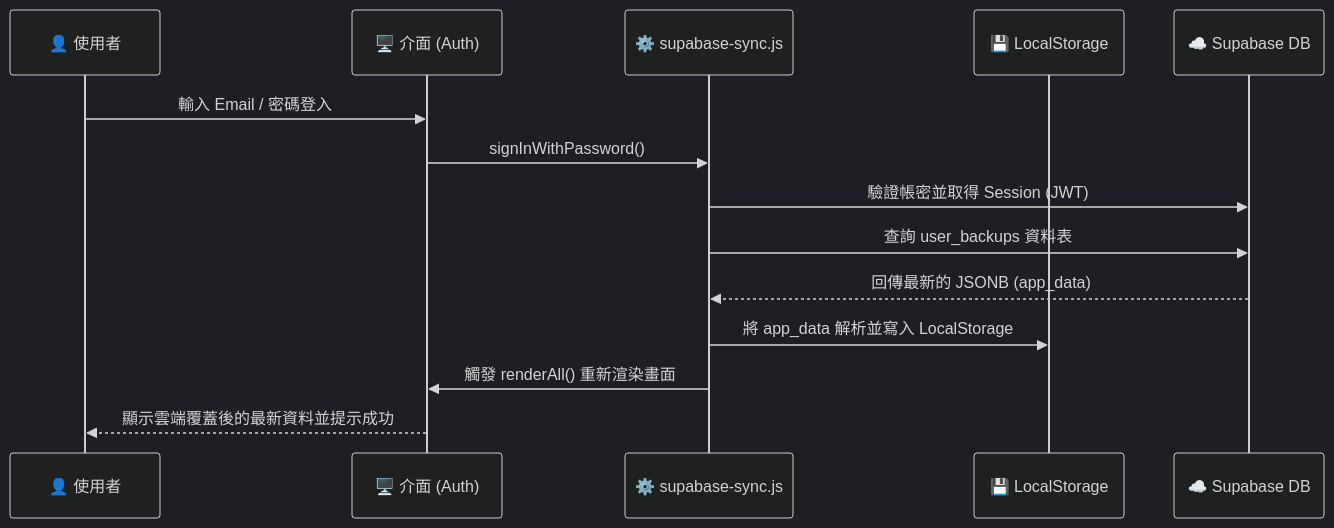
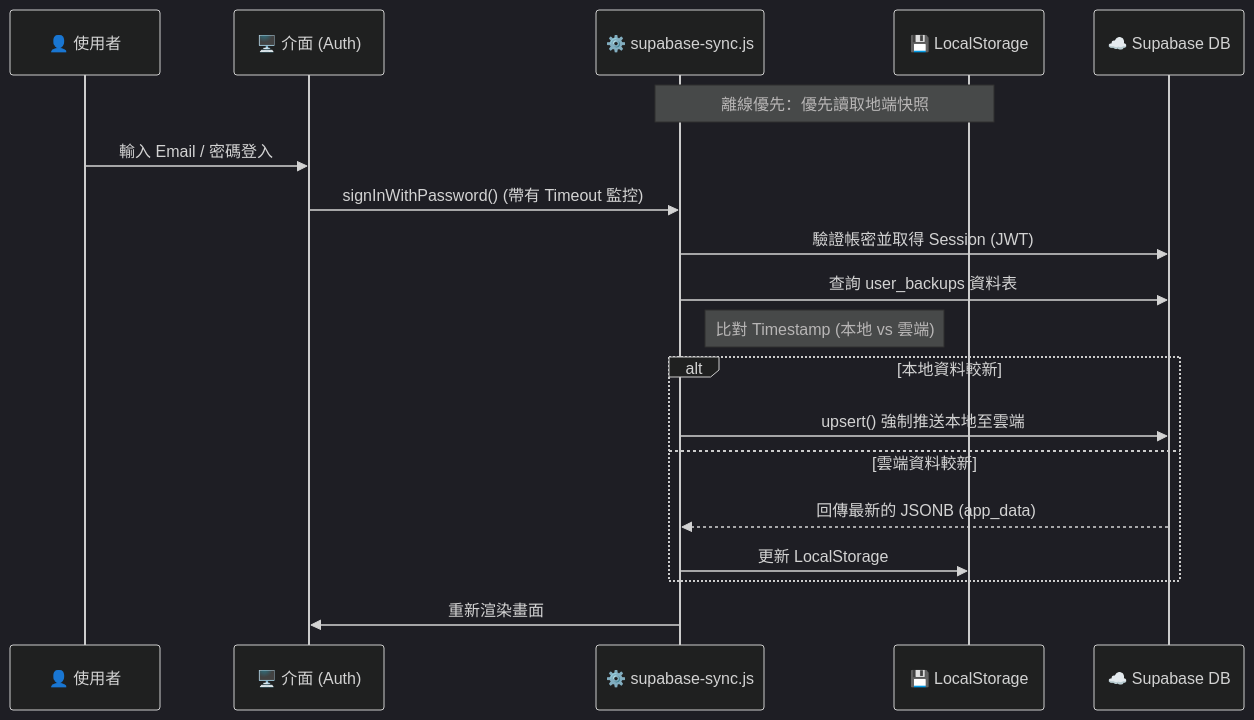
One commit to c14712369/SubItemManager changed the second of 2 diagrams in system_documentation.md. Above: the diagram before and after it, drawn with Mermaid (dark theme). The commit also changed other lines of this file and 1 other file, not shown here.

````diff
--- a/system_documentation.md
+++ b/system_documentation.md
@@ -88,17 +79,22 @@
 ```mermaid
 sequenceDiagram
     participant User as 👤 使用者
     participant UI as 🖥️ 介面 (Auth)
     participant JS as ⚙️ supabase-sync.js
     participant LS as 💾 LocalStorage
     participant DB as ☁️ Supabase DB
 
+    Note over JS, LS: 離線優先：優先讀取地端快照
     User->>UI: 輸入 Email / 密碼登入
-    UI->>JS: signInWithPassword()
+    UI->>JS: signInWithPassword() (帶有 Timeout 監控)
     JS->>DB: 驗證帳密並取得 Session (JWT)
     JS->>DB: 查詢 user_backups 資料表
-    DB-->>JS: 回傳最新的 JSONB (app_data)
-    JS->>LS: 將 app_data 解析並寫入 LocalStorage
-    JS->>UI: 觸發 renderAll() 重新渲染畫面
-    UI-->>User: 顯示雲端覆蓋後的最新資料並提示成功
+    Note right of JS: 比對 Timestamp (本地 vs 雲端)
+    alt 本地資料較新
+        JS->>DB: upsert() 強制推送本地至雲端
+    else 雲端資料較新
+        DB-->>JS: 回傳最新的 JSONB (app_data)
+        JS->>LS: 更新 LocalStorage
+    end
+    JS->>UI: 重新渲染畫面
 ```
````
